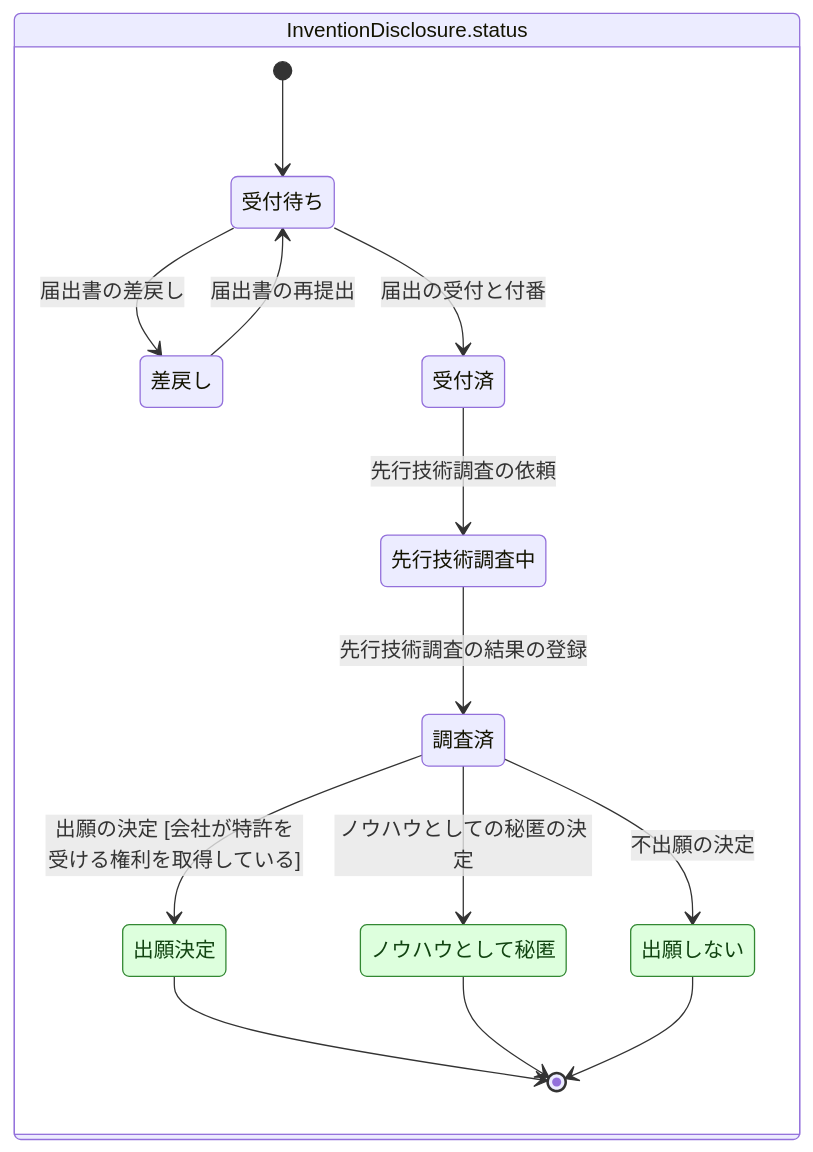
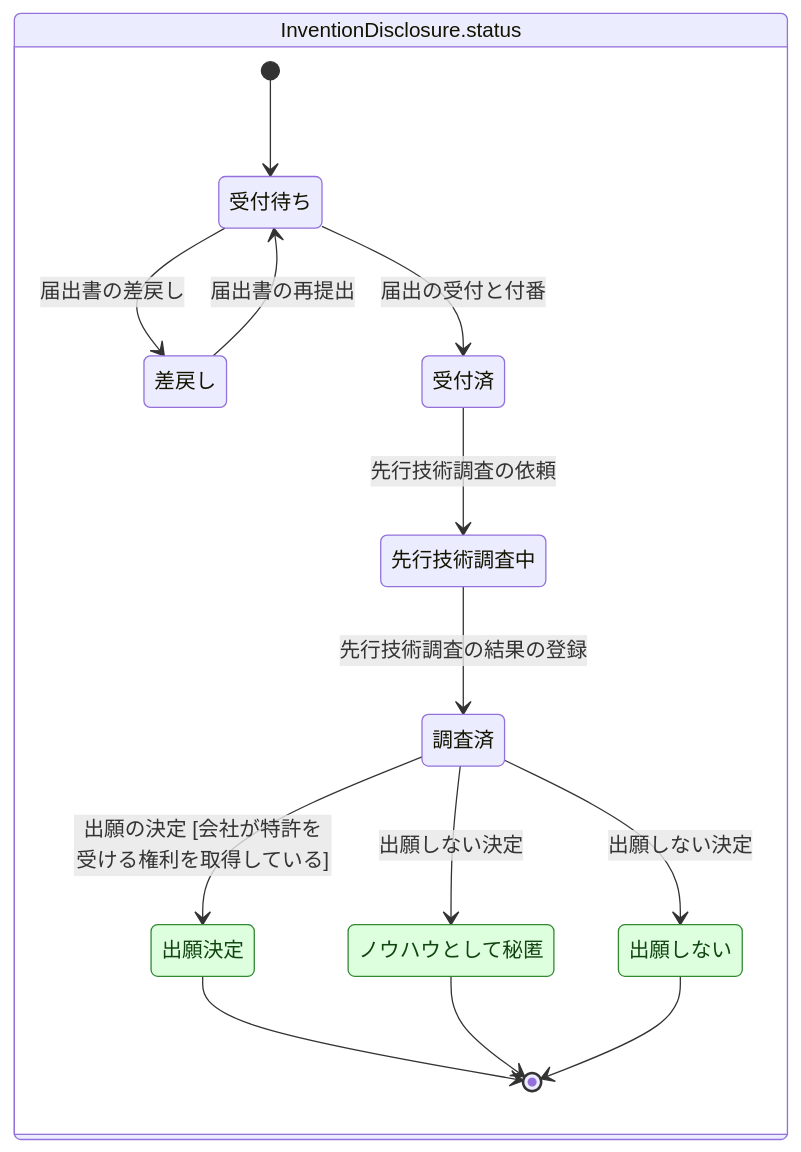
Before and after one commit to manji-0/rdra-ish-dsl: the diagram in samples/patent-ops/out/state/InventionDisclosure.mmd, drawn with Mermaid. The commit also changed 17 other files, not shown here.

```diff
--- a/samples/patent-ops/out/state/InventionDisclosure.mmd
+++ b/samples/patent-ops/out/state/InventionDisclosure.mmd
@@ -1,39 +1,39 @@
 %% rdra-ish diagram=state scope=entity:InventionDisclosure model=samples/patent-ops
 %% kinds: statemodel state usecase
 %% omitted: OfficeAction.kind Patent.last_payment (Enum without transitions)
 %% legend: stateunreachable = no reachable state holds it, statedeadlock = an instance cannot leave it, stateend = no transition out
 stateDiagram-v2
   state "InventionDisclosure.status" as statemodel__InventionDisclosure_status {
     [*] --> state__InventionDisclosure_submitted
     state "受付待ち" as state__InventionDisclosure_submitted
     state "差戻し" as state__InventionDisclosure_returned
     state "受付済" as state__InventionDisclosure_accepted
     state "先行技術調査中" as state__InventionDisclosure_searching
     state "調査済" as state__InventionDisclosure_searched
     state "出願決定" as state__InventionDisclosure_decided_file
     state "ノウハウとして秘匿" as state__InventionDisclosure_decided_secret
     state "出願しない" as state__InventionDisclosure_decided_abandon
     %% transition usecase__ReturnDisclosure
     state__InventionDisclosure_submitted --> state__InventionDisclosure_returned : 届出書の差戻し
     %% transition usecase__AcceptDisclosure
     state__InventionDisclosure_submitted --> state__InventionDisclosure_accepted : 届出の受付と付番
     %% transition usecase__ResubmitDisclosure
     state__InventionDisclosure_returned --> state__InventionDisclosure_submitted : 届出書の再提出
     %% transition usecase__RequestPriorArtSearch
     state__InventionDisclosure_accepted --> state__InventionDisclosure_searching : 先行技術調査の依頼
     %% transition usecase__RecordPriorArtSearch
     state__InventionDisclosure_searching --> state__InventionDisclosure_searched : 先行技術調査の結果の登録
     %% transition usecase__DecideToFile
     state__InventionDisclosure_searched --> state__InventionDisclosure_decided_file : 出願の決定 [会社が特許を受ける権利を取得している]
-    %% transition usecase__DecideToKeepSecret
-    state__InventionDisclosure_searched --> state__InventionDisclosure_decided_secret : ノウハウとしての秘匿の決定
     %% transition usecase__DecideNotToFile
-    state__InventionDisclosure_searched --> state__InventionDisclosure_decided_abandon : 不出願の決定
+    state__InventionDisclosure_searched --> state__InventionDisclosure_decided_secret : 出願しない決定
+    %% transition usecase__DecideNotToFile
+    state__InventionDisclosure_searched --> state__InventionDisclosure_decided_abandon : 出願しない決定
     state__InventionDisclosure_decided_file --> [*]
     state__InventionDisclosure_decided_secret --> [*]
     state__InventionDisclosure_decided_abandon --> [*]
   }
   classDef stateend fill:#dfd,stroke:#383,color:#141
   class state__InventionDisclosure_decided_file stateend
   class state__InventionDisclosure_decided_secret stateend
   class state__InventionDisclosure_decided_abandon stateend
```
